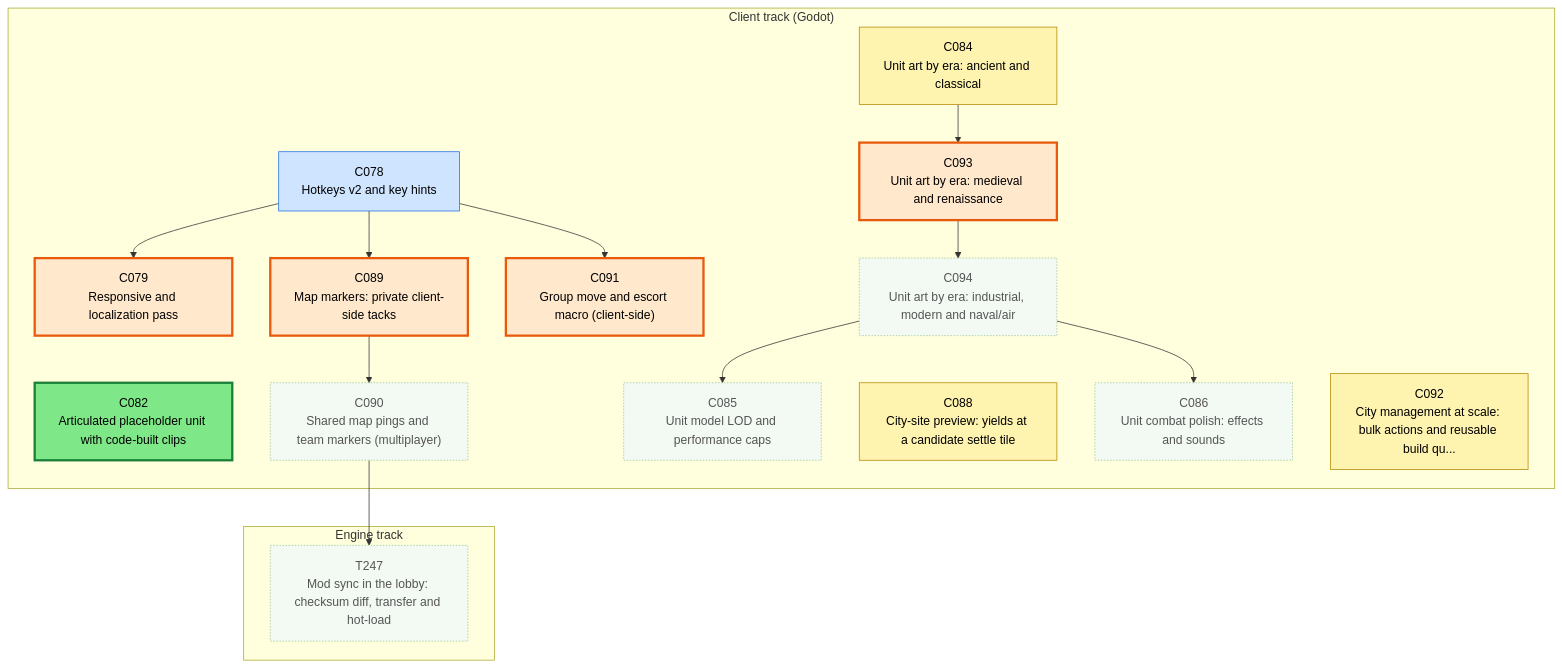
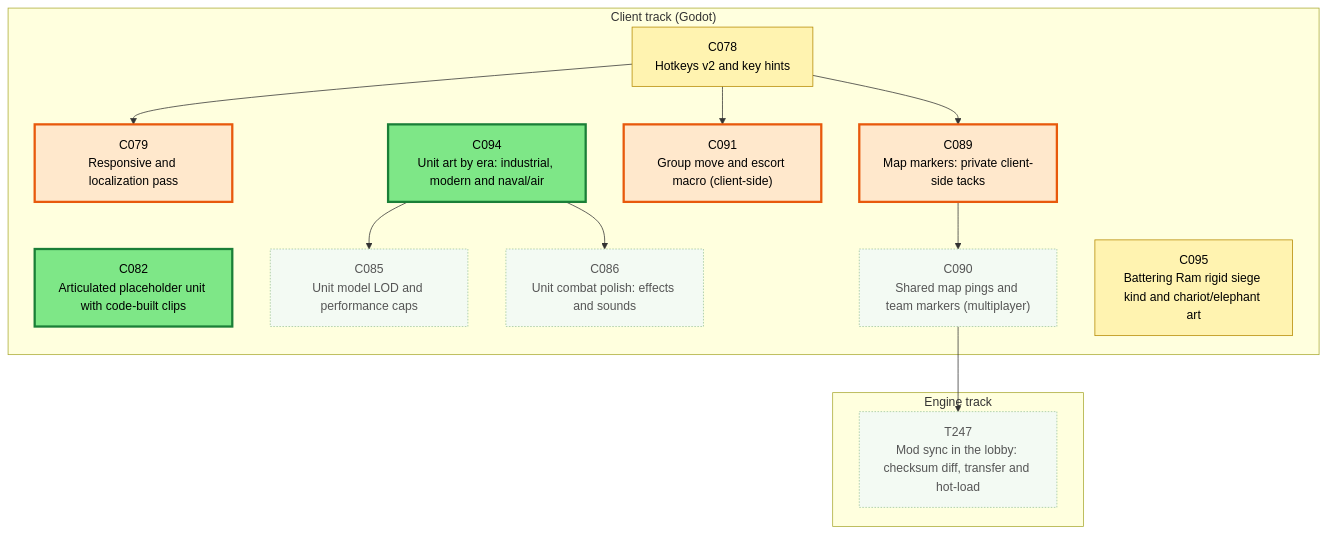
Before and after one commit to Kenmura/Unciv: the first of 3 diagrams in csharp/migration/DEPENDENCY_MAP.md, drawn with Mermaid. The commit also changed other lines of this file and 1 other file, not shown here.

Commit message:
C093: review note

````diff
--- a/csharp/migration/DEPENDENCY_MAP.md
+++ b/csharp/migration/DEPENDENCY_MAP.md
@@ -25,51 +25,43 @@
 ```mermaid
 flowchart TD
   subgraph TTRACK["Engine track"]
     T247["T247<br/>Mod sync in the lobby: checksum diff, transfer and hot-load"]
   end
   subgraph CTRACK["Client track (Godot)"]
     C078["C078<br/>Hotkeys v2 and key hints"]
     C079["C079<br/>Responsive and localization pass"]
     C082["C082<br/>Articulated placeholder unit with code-built clips"]
-    C084["C084<br/>Unit art by era: ancient and classical"]
     C085["C085<br/>Unit model LOD and performance caps"]
     C086["C086<br/>Unit combat polish: effects and sounds"]
-    C088["C088<br/>City-site preview: yields at a candidate settle tile"]
     C089["C089<br/>Map markers: private client-side tacks"]
     C090["C090<br/>Shared map pings and team markers (multiplayer)"]
     C091["C091<br/>Group move and escort macro (client-side)"]
-    C092["C092<br/>City management at scale: bulk actions and reusable build qu..."]
-    C093["C093<br/>Unit art by era: medieval and renaissance"]
     C094["C094<br/>Unit art by era: industrial, modern and naval/air"]
+    C095["C095<br/>Battering Ram rigid siege kind and chariot/elephant art"]
   end
   C090 --> T247
   C078 --> C079
   C094 --> C085
   C094 --> C086
   C078 --> C089
   C089 --> C090
   C078 --> C091
-  C084 --> C093
-  C093 --> C094
   classDef waiting fill:#f3faf3,stroke:#9bc49b,color:#555,stroke-dasharray:2 2
   classDef ondeck fill:#ffe8cc,stroke:#e8590c,stroke-width:3px,color:#000
   classDef ready fill:#7ee787,stroke:#1a7f37,stroke-width:3px,color:#000
   classDef prog fill:#fff3b0,stroke:#b58900,color:#000
   classDef review fill:#cfe4ff,stroke:#1f6feb,color:#000
   classDef blocked fill:#ffd6d6,stroke:#c62828,color:#000
   classDef done fill:#eeeeee,stroke:#999999,color:#666,stroke-dasharray:4 3
-  class C078 review
+  class C078 prog
   class C079 ondeck
   class C082 ready
-  class C084 prog
   class C085 waiting
   class C086 waiting
-  class C088 prog
   class C089 ondeck
   class C090 waiting
   class C091 ondeck
-  class C092 prog
-  class C093 ondeck
-  class C094 waiting
+  class C094 ready
+  class C095 prog
   class T247 waiting
 ```
````
